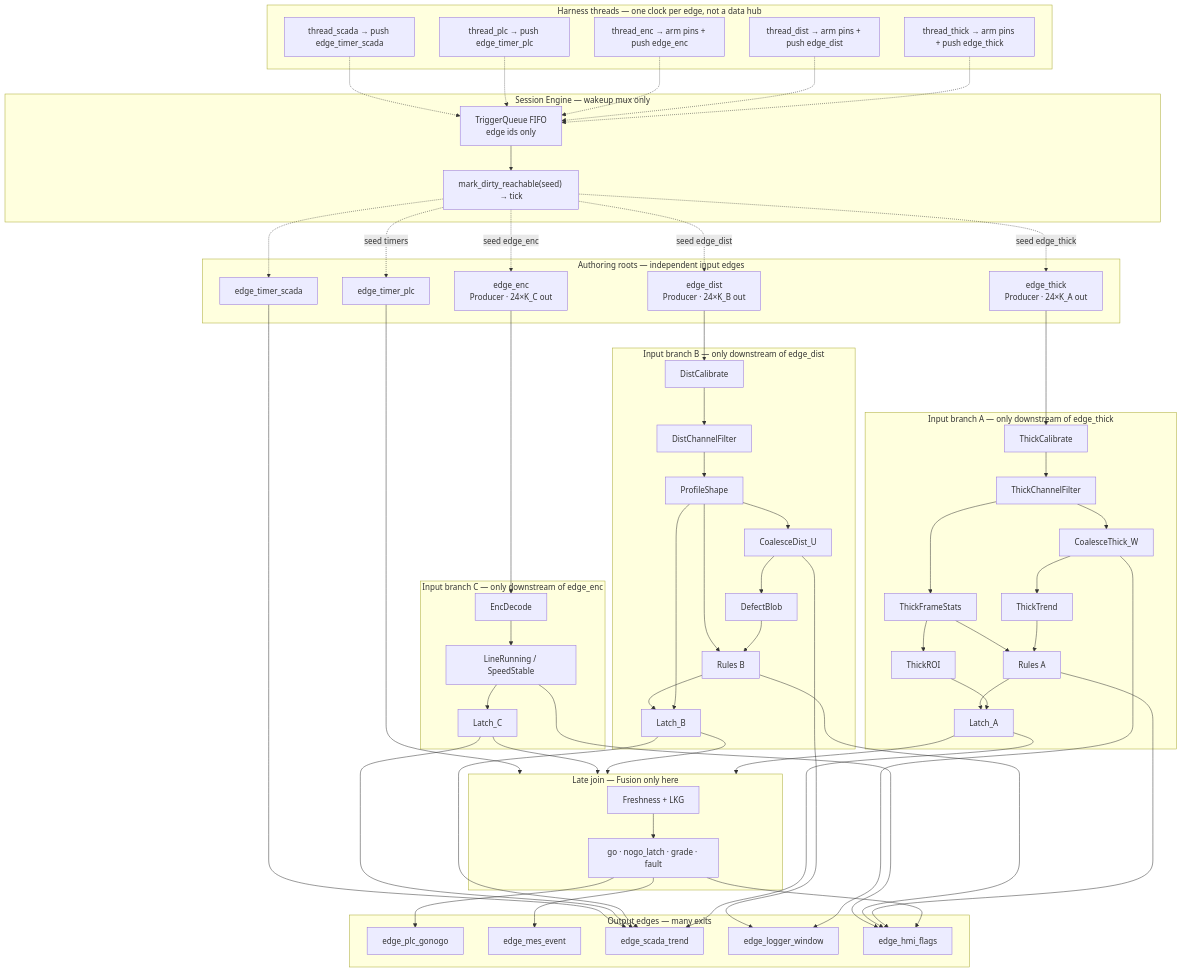
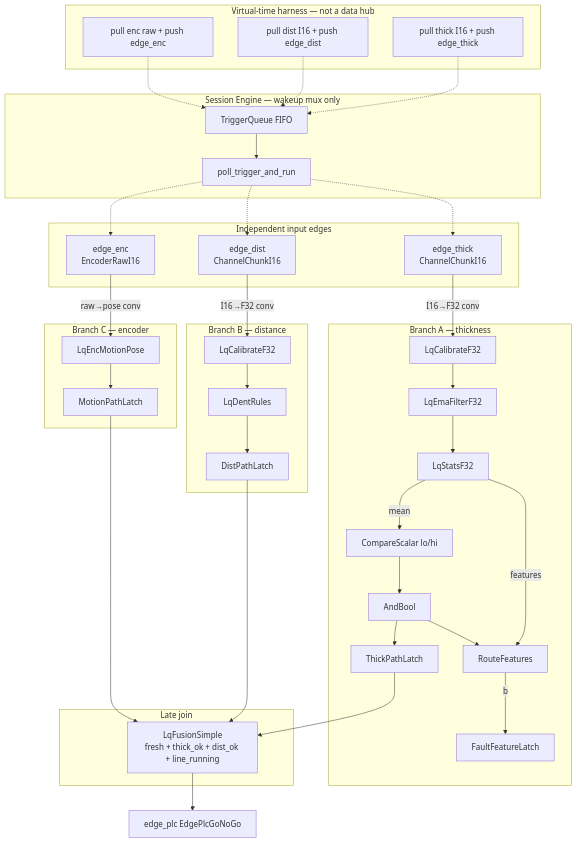
The diagram in docs/line-quality-monitor.md (rbenzazon/node-graph-engine), drawn with Mermaid before and after one commit. The commit also changed other lines of this file and 38 other files, not shown here.

````diff
--- a/docs/line-quality-monitor.md
+++ b/docs/line-quality-monitor.md
@@ -336,102 +263,67 @@
 ```mermaid
 flowchart TB
-  subgraph HARNESS["Harness threads — one clock per edge, not a data hub"]
-    HA["thread_thick → arm pins + push edge_thick"]
-    HB["thread_dist → arm pins + push edge_dist"]
-    HC["thread_enc → arm pins + push edge_enc"]
-    HP["thread_plc → push edge_timer_plc"]
-    HS["thread_scada → push edge_timer_scada"]
+  subgraph HARNESS["Virtual-time harness — not a data hub"]
+    HA["pull thick I16 + push edge_thick"]
+    HB["pull dist I16 + push edge_dist"]
+    HC["pull enc raw + push edge_enc"]
   end
 
   subgraph ENGINE["Session Engine — wakeup mux only"]
-    TQ["TriggerQueue FIFO<br/>edge ids only"]
-    SCH["mark_dirty_reachable(seed) → tick"]
+    TQ["TriggerQueue FIFO"]
+    SCH["poll_trigger_and_run"]
     TQ --> SCH
   end
 
   HA -.-> TQ
   HB -.-> TQ
   HC -.-> TQ
-  HP -.-> TQ
-  HS -.-> TQ
 
-  subgraph ROOTS["Authoring roots — independent input edges"]
-    ET["edge_thick<br/>Producer · 24×K_A out"]
-    ED["edge_dist<br/>Producer · 24×K_B out"]
-    EE["edge_enc<br/>Producer · 24×K_C out"]
-    EPLC["edge_timer_plc"]
-    ESCA["edge_timer_scada"]
+  subgraph ROOTS["Independent input edges"]
+    ET["edge_thick<br/>ChannelChunkI16"]
+    ED["edge_dist<br/>ChannelChunkI16"]
+    EE["edge_enc<br/>EncoderRawI16"]
   end
 
-  SCH -.->|seed edge_thick| ET
-  SCH -.->|seed edge_dist| ED
-  SCH -.->|seed edge_enc| EE
-  SCH -.->|seed timers| EPLC
-  SCH -.-> ESCA
+  SCH -.-> ET
+  SCH -.-> ED
+  SCH -.-> EE
 
-  subgraph BRANCH_A["Input branch A — only downstream of edge_thick"]
-    A1["ThickCalibrate"]
-    A2["ThickChannelFilter"]
-    A3["ThickFrameStats"]
-    A4["ThickROI"]
-    A5["CoalesceThick_W"]
-    A6["ThickTrend"]
-    A7["Rules A"]
-    A8["Latch_A"]
-    ET --> A1 --> A2 --> A3 --> A4 --> A8
-    A2 --> A5 --> A6 --> A7 --> A8
-    A3 --> A7
+  subgraph BRANCH_A["Branch A — thickness"]
+    A1["LqCalibrateF32"]
+    A2["LqEmaFilterF32"]
+    A3["LqStatsF32"]
+    A4["CompareScalar lo/hi"]
+    A5["AndBool"]
+    A6["RouteFeatures"]
+    A7["ThickPathLatch"]
+    A8["FaultFeatureLatch"]
+    ET -->|I16→F32 conv| A1 --> A2 --> A3
+    A3 -->|mean| A4 --> A5
+    A3 -->|features| A6
+    A5 --> A6
+    A5 --> A7
+    A6 -->|b| A8
   end
 
-  subgraph BRANCH_B["Input branch B — only downstream of edge_dist"]
-    B1["DistCalibrate"]
-    B2["DistChannelFilter"]
-    B3["ProfileShape"]
-    B4["CoalesceDist_U"]
-    B5["DefectBlob"]
-    B6["Rules B"]
-    B7["Latch_B"]
-    ED --> B1 --> B2 --> B3 --> B7
-    B3 --> B4 --> B5 --> B6 --> B7
-    B3 --> B6
+  subgraph BRANCH_B["Branch B — distance"]
+    B1["LqCalibrateF32"]
+    B2["LqDentRules"]
+    B3["DistPathLatch"]
+    ED -->|I16→F32 conv| B1 --> B2 --> B3
   end
 
-  subgraph BRANCH_C["Input branch C — only downstream of edge_enc"]
-    C1["EncDecode"]
-    C2["LineRunning / SpeedStable"]
-    C3["Latch_C"]
-    EE --> C1 --> C2 --> C3
+  subgraph BRANCH_C["Branch C — encoder"]
+    C1["LqEncMotionPose"]
+    C2["MotionPathLatch"]
+    EE -->|raw→pose conv| C1 --> C2
   end
 
-  subgraph FUSE["Late join — Fusion only here"]
-    F0["Freshness + LKG"]
-    F3["go · nogo_latch · grade · fault"]
-    F0 --> F3
+  subgraph FUSE["Late join"]
+    F["LqFusionSimple<br/>fresh + thick_ok + dist_ok + line_running"]
   end
 
-  A8 --> FUSE
-  B7 --> FUSE
-  C3 --> FUSE
-  EPLC --> FUSE
-
-  subgraph OUT["Output edges — many exits"]
-    PLC["edge_plc_gonogo"]
-    MES["edge_mes_event"]
-    SCA["edge_scada_trend"]
-    LOG["edge_logger_window"]
-    HMI["edge_hmi_flags"]
-  end
-
-  F3 --> PLC
-  F3 --> MES
-  F3 --> HMI
-  A8 --> SCA
-  B7 --> SCA
-  C3 --> SCA
-  ESCA --> SCA
-  A5 --> LOG
-  B4 --> LOG
-  A7 --> HMI
-  B6 --> HMI
-  C2 --> HMI
+  A7 --> F
+  B3 --> F
+  C2 --> F
+  F --> PLC["edge_plc EdgePlcGoNoGo"]
 ```
````
